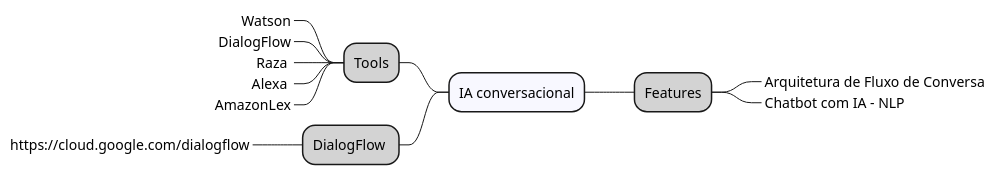
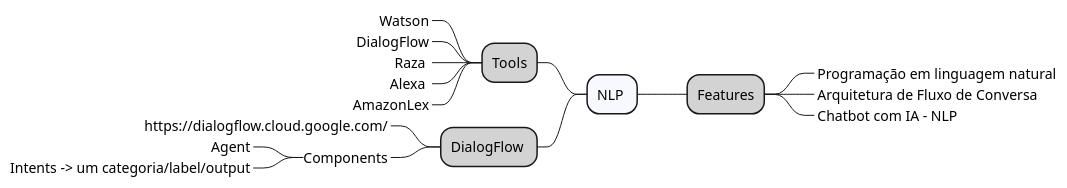
Before and after one commit to acnaweb/chatbot: the diagram in docs/src/aula3.wsd, drawn with PlantUML. The commit also changed 1 other file, not shown here.

```diff
--- a/docs/src/aula3.wsd
+++ b/docs/src/aula3.wsd
@@ -1,21 +1,25 @@
 @startmindmap
 
-*[#F8F8FF] IA conversacional
+*[#F8F8FF] NLP 
 
 **[#LightGray] Features
+***_ Programação em linguagem natural
 ***_ Arquitetura de Fluxo de Conversa
 ***_ Chatbot com IA - NLP
 
 left side
 
 **[#LightGray] Tools
 ***_ Watson
 ***_ DialogFlow
 ***_ Raza 
 ***_ Alexa 
 ***_ AmazonLex
 
 **[#LightGray]  DialogFlow 
-***_ https://cloud.google.com/dialogflow
+***_ https://dialogflow.cloud.google.com/
+***_ Components
+****_ Agent
+****_ Intents -> um categoria/label/output
 
 @endmindmap
```
